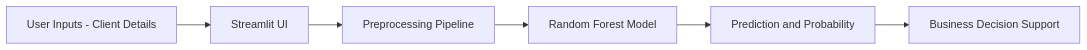
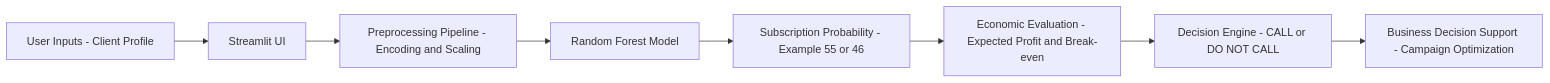
Before and after one commit to sree-vg/final_project: the second of 2 diagrams in README.md, drawn with Mermaid. The commit also changed other lines of this file, not shown here.

````diff
--- a/README.md
+++ b/README.md
@@ -196,8 +202,10 @@
 ```mermaid
 flowchart LR
-    U[User Inputs - Client Details] --> S[Streamlit UI]
-    S --> P[Preprocessing Pipeline]
-    P --> M[Random Forest Model]
-    M --> O[Prediction and Probability]
-    O --> D[Business Decision Support]
+    U["User Inputs - Client Profile"] --> S["Streamlit UI"]
+    S --> P["Preprocessing Pipeline - Encoding and Scaling"]
+    P --> M["Random Forest Model"]
+    M --> O["Subscription Probability - Example 55 or 46"]
+    O --> E["Economic Evaluation - Expected Profit and Break-even"]
+    E --> D["Decision Engine - CALL or DO NOT CALL"]
+    D --> B["Business Decision Support - Campaign Optimization"]
 ```
````
